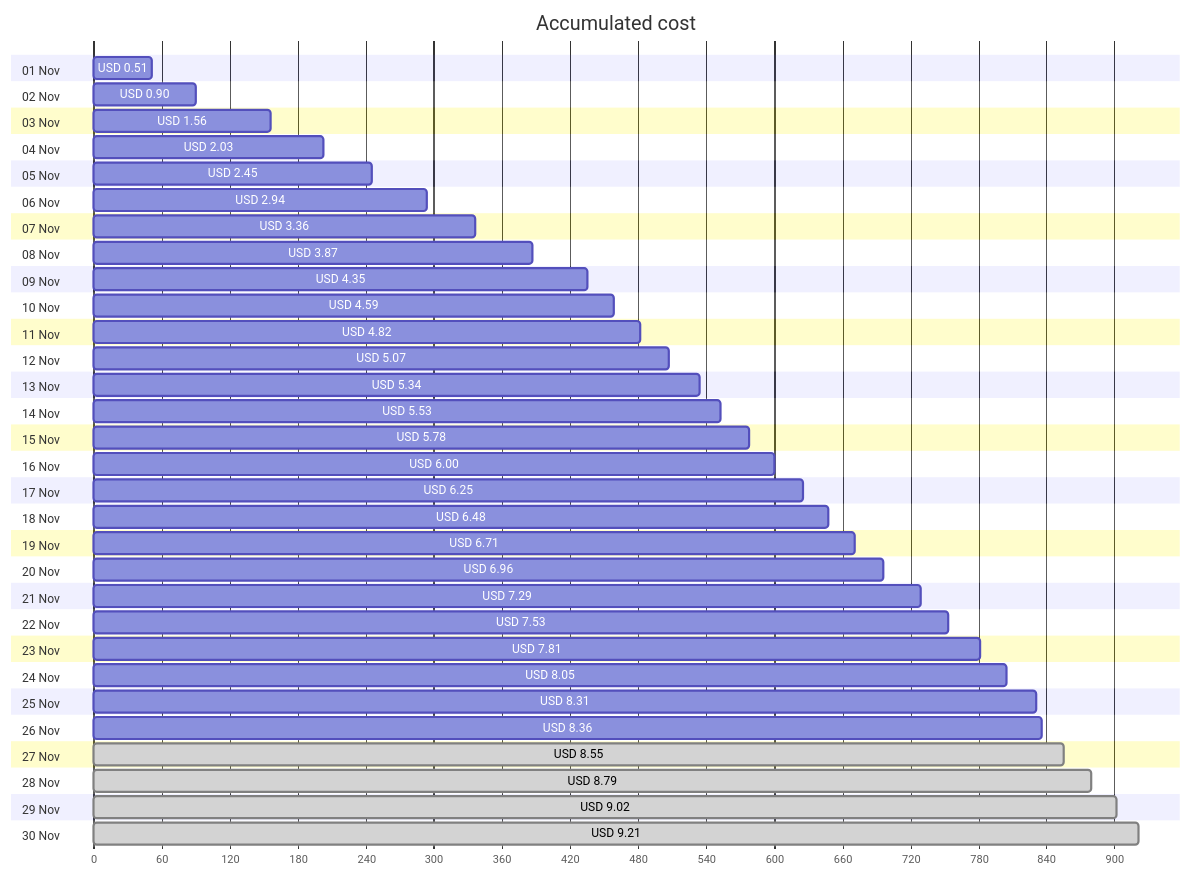
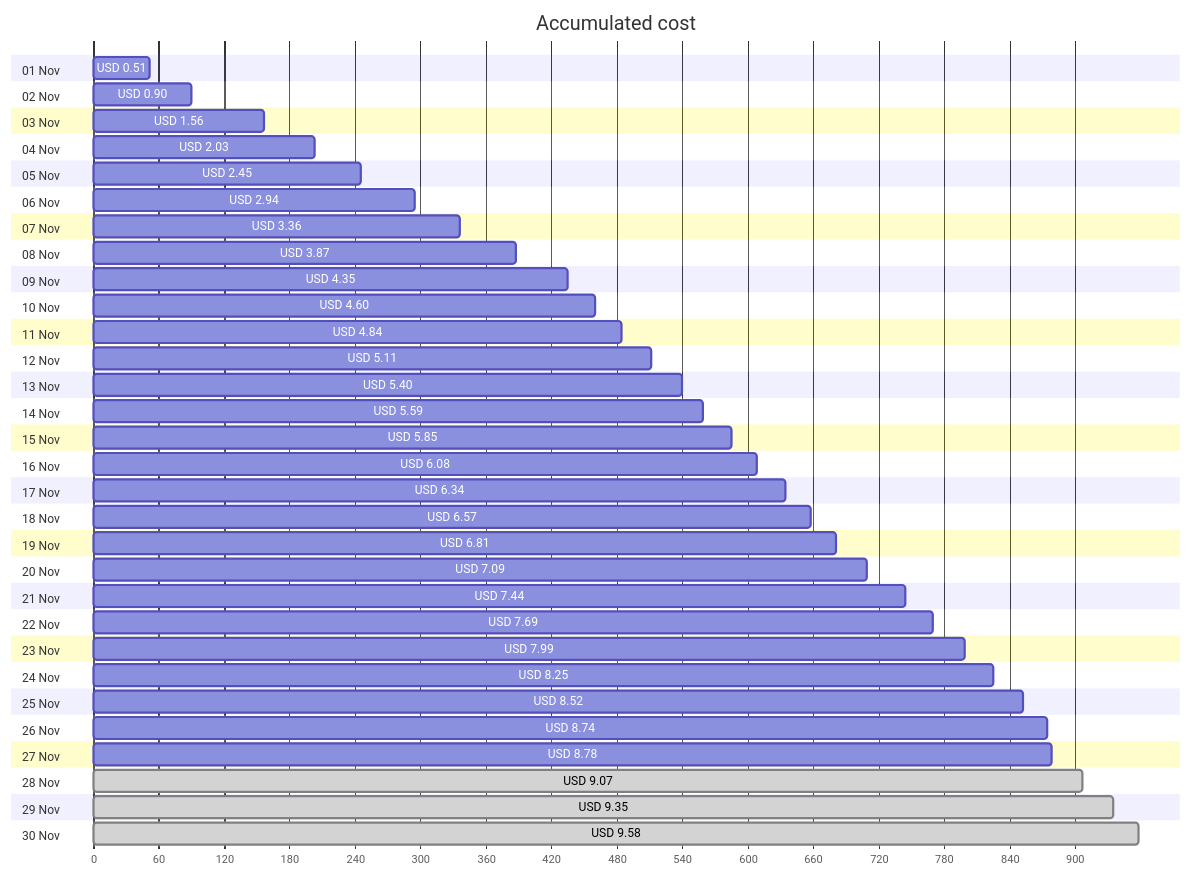
Before and after one commit to jpfulton/azure-personal-reports: the first of 4 diagrams in cost-reports/personal-network/vpn-server.md, drawn with Mermaid. The commit also changed other lines of this file and 8 other files, not shown here.

````diff
--- a/cost-reports/personal-network/vpn-server.md
+++ b/cost-reports/personal-network/vpn-server.md
@@ -20,66 +20,66 @@
 ```mermaid
 gantt
    title Accumulated cost
    dateFormat  X
    axisFormat %s
    section 01 Nov
    USD 0.51 :0, 51
    section 02 Nov
    USD 0.90 :0, 90
    section 03 Nov
    USD 1.56 :0, 156
    section 04 Nov
    USD 2.03 :0, 203
    section 05 Nov
    USD 2.45 :0, 245
    section 06 Nov
    USD 2.94 :0, 294
    section 07 Nov
    USD 3.36 :0, 336
    section 08 Nov
    USD 3.87 :0, 387
    section 09 Nov
    USD 4.35 :0, 435
    section 10 Nov
-   USD 4.59 :0, 459
+   USD 4.60 :0, 460
    section 11 Nov
-   USD 4.82 :0, 482
+   USD 4.84 :0, 484
    section 12 Nov
-   USD 5.07 :0, 507
+   USD 5.11 :0, 511
    section 13 Nov
-   USD 5.34 :0, 534
+   USD 5.40 :0, 540
    section 14 Nov
-   USD 5.53 :0, 553
+   USD 5.59 :0, 559
    section 15 Nov
-   USD 5.78 :0, 578
+   USD 5.85 :0, 585
    section 16 Nov
-   USD 6.00 :0, 600
+   USD 6.08 :0, 608
    section 17 Nov
-   USD 6.25 :0, 625
+   USD 6.34 :0, 634
    section 18 Nov
-   USD 6.48 :0, 648
+   USD 6.57 :0, 657
    section 19 Nov
-   USD 6.71 :0, 671
+   USD 6.81 :0, 681
    section 20 Nov
-   USD 6.96 :0, 696
+   USD 7.09 :0, 709
    section 21 Nov
-   USD 7.29 :0, 729
+   USD 7.44 :0, 744
    section 22 Nov
-   USD 7.53 :0, 753
+   USD 7.69 :0, 769
    section 23 Nov
-   USD 7.81 :0, 781
+   USD 7.99 :0, 799
    section 24 Nov
-   USD 8.05 :0, 805
+   USD 8.25 :0, 825
    section 25 Nov
-   USD 8.31 :0, 831
+   USD 8.52 :0, 852
    section 26 Nov
-   USD 8.36 :0, 836
+   USD 8.74 :0, 874
    section 27 Nov
-   USD 8.55 : done, 0, 855
+   USD 8.78 :0, 878
    section 28 Nov
-   USD 8.79 : done, 0, 879
+   USD 9.07 : done, 0, 907
    section 29 Nov
-   USD 9.02 : done, 0, 902
+   USD 9.35 : done, 0, 935
    section 30 Nov
-   USD 9.21 : done, 0, 921
+   USD 9.58 : done, 0, 958
 ```
````
